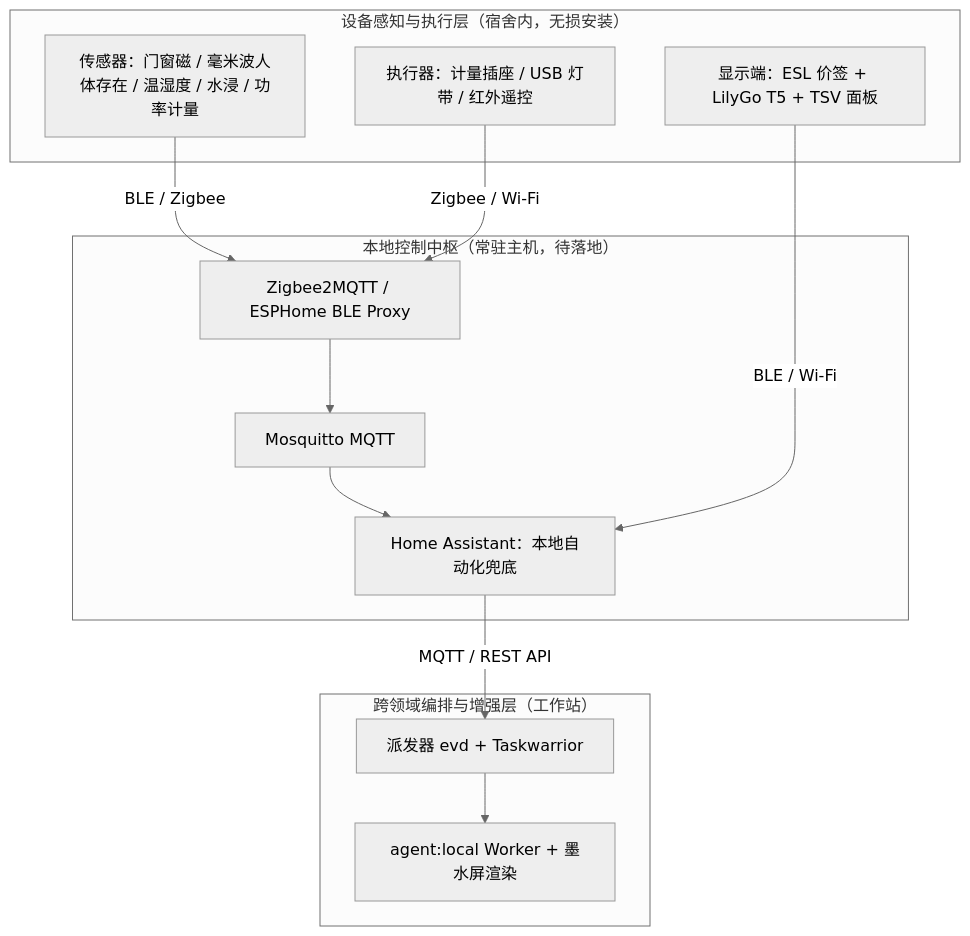
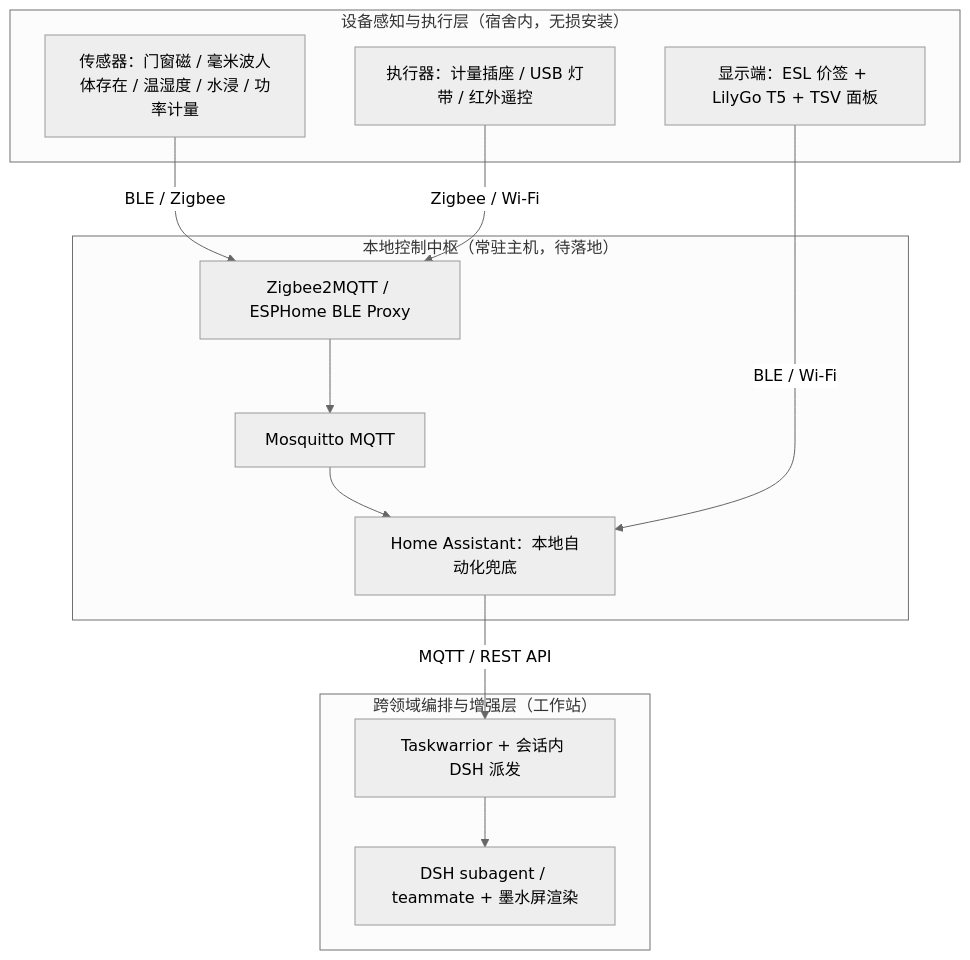
One commit to ShizkMoon/ai-collab-assistant changed the diagram in docs/dorm-smart.md. Above: the diagram before and after it, drawn with Mermaid (neutral theme). The commit also changed other lines of this file and 47 other files, not shown here.

````diff
--- a/docs/dorm-smart.md
+++ b/docs/dorm-smart.md
@@ -27,18 +27,18 @@
 ```mermaid
 flowchart TD
   subgraph DEV["设备感知与执行层（宿舍内，无损安装）"]
     S["传感器：门窗磁 / 毫米波人体存在 / 温湿度 / 水浸 / 功率计量"]
     A["执行器：计量插座 / USB 灯带 / 红外遥控"]
     D["显示端：ESL 价签 + LilyGo T5 + TSV 面板"]
   end
   subgraph HUB["本地控制中枢（常驻主机，待落地）"]
     Z["Zigbee2MQTT / ESPHome BLE Proxy"] --> MQ["Mosquitto MQTT"] --> H["Home Assistant：本地自动化兜底"]
   end
   subgraph WS["跨领域编排与增强层（工作站）"]
-    E["派发器 evd + Taskwarrior"] --> O["agent:local Worker + 墨水屏渲染"]
+    E["Taskwarrior + 会话内 DSH 派发"] --> O["DSH subagent / teammate + 墨水屏渲染"]
   end
   S -->|BLE / Zigbee| Z
   A -->|Zigbee / Wi-Fi| Z
   D -->|BLE / Wi-Fi| H
   H -->|MQTT / REST API| E
 ```
````
